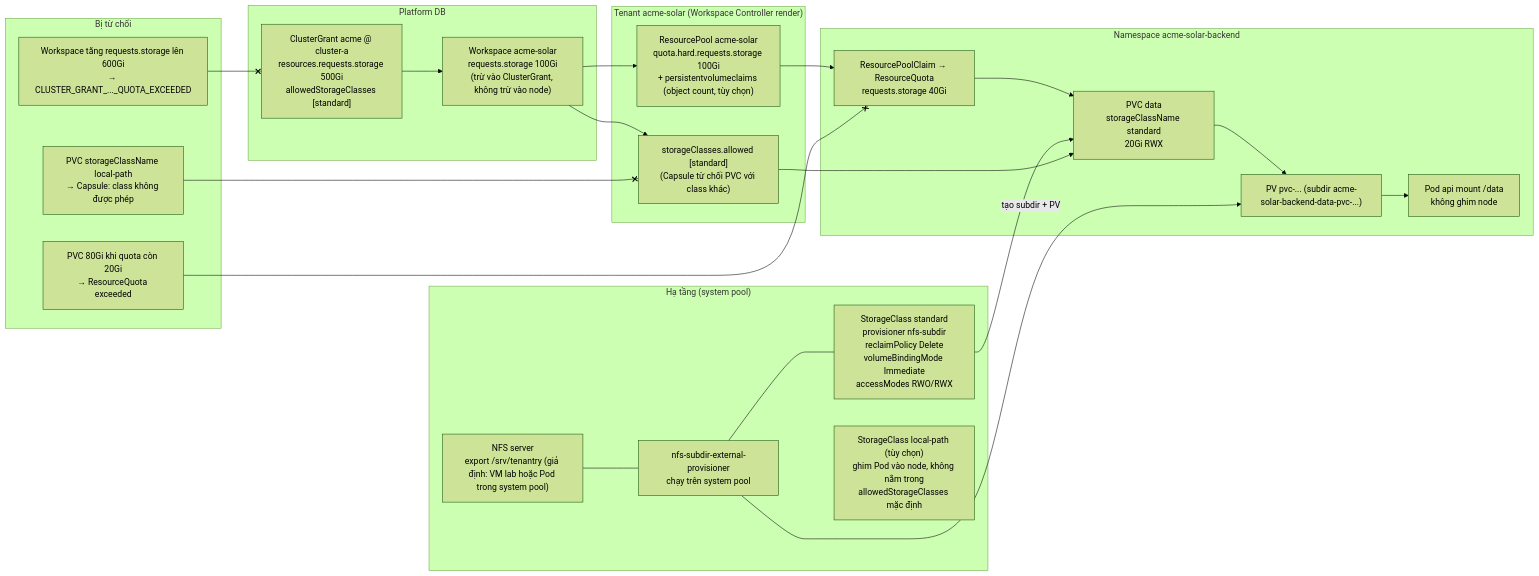
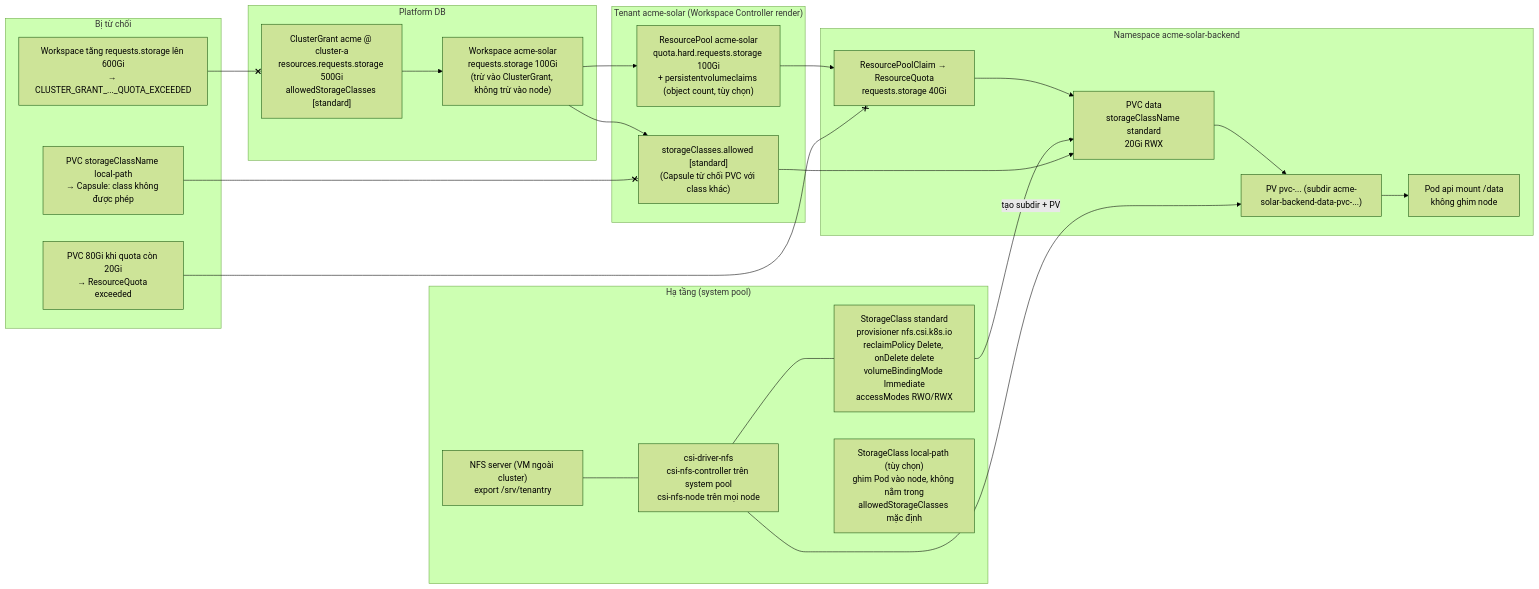
Before and after one commit to thaihoc1310/tenantry: the ninth of 9 diagrams in docs/architecture/05-network-and-scheduling.md, drawn with Mermaid (forest theme). The commit also changed other lines of this file and 10 other files, not shown here.

Commit message:
docs: platform-managed Routes on Traefik with Let's Encrypt, NFS via csi-driver-nfs, cluster foundation under deploy/cluster

````diff
--- a/docs/architecture/05-network-and-scheduling.md
+++ b/docs/architecture/05-network-and-scheduling.md
@@ -512,47 +540,47 @@
 ```mermaid
 flowchart LR
   subgraph INFRA["Hạ tầng (system pool)"]
-    NFS["NFS server<br/>export /srv/tenantry (giả định: VM lab hoặc Pod trong system pool)"]
-    PROV["nfs-subdir-external-provisioner<br/>chạy trên system pool"]
-    SC["StorageClass standard<br/>provisioner nfs-subdir<br/>reclaimPolicy Delete<br/>volumeBindingMode Immediate<br/>accessModes RWO/RWX"]
+    NFS["NFS server (VM ngoài cluster)<br/>export /srv/tenantry"]
+    PROV["csi-driver-nfs<br/>csi-nfs-controller trên system pool<br/>csi-nfs-node trên mọi node"]
+    SC["StorageClass standard<br/>provisioner nfs.csi.k8s.io<br/>reclaimPolicy Delete, onDelete delete<br/>volumeBindingMode Immediate<br/>accessModes RWO/RWX"]
     SC2["StorageClass local-path (tùy chọn)<br/>ghim Pod vào node, không nằm trong<br/>allowedStorageClasses mặc định"]
     NFS --- PROV --- SC
   end
 
   subgraph GRANT["Platform DB"]
     CG["ClusterGrant acme @ cluster-a<br/>resources.requests.storage 500Gi<br/>allowedStorageClasses [standard]"]
     WSA["Workspace acme-solar<br/>requests.storage 100Gi<br/>(trừ vào ClusterGrant, không trừ vào node)"]
     CG --> WSA
   end
 
   subgraph TENANT["Tenant acme-solar (Workspace Controller render)"]
     TSC["storageClasses.allowed [standard]<br/>(Capsule từ chối PVC với class khác)"]
     RP["ResourcePool acme-solar<br/>quota.hard.requests.storage 100Gi<br/>+ persistentvolumeclaims (object count, tùy chọn)"]
     WSA --> TSC
     WSA --> RP
   end
 
   subgraph NSB["Namespace acme-solar-backend"]
     CLAIM["ResourcePoolClaim → ResourceQuota<br/>requests.storage 40Gi"]
     PVC["PVC data<br/>storageClassName standard<br/>20Gi RWX"]
     PV["PV pvc-... (subdir acme-solar-backend-data-pvc-...)"]
     POD["Pod api mount /data<br/>không ghim node"]
     RP --> CLAIM
     CLAIM --> PVC
     PVC --> PV
     PV --> POD
   end
 
   SC --> PVC
   PROV -->|"tạo subdir + PV"| PV
   TSC --> PVC
 
   subgraph REJ["Bị từ chối"]
     R1["PVC storageClassName local-path<br/>→ Capsule: class không được phép"]
     R2["PVC 80Gi khi quota còn 20Gi<br/>→ ResourceQuota exceeded"]
     R3["Workspace tăng requests.storage lên 600Gi<br/>→ CLUSTER_GRANT_..._QUOTA_EXCEEDED"]
   end
   R1 --x TSC
   R2 --x CLAIM
   R3 --x CG
 ```
````
